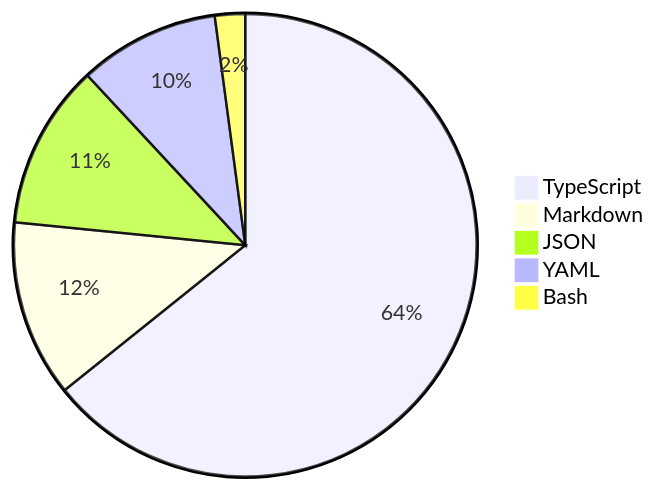
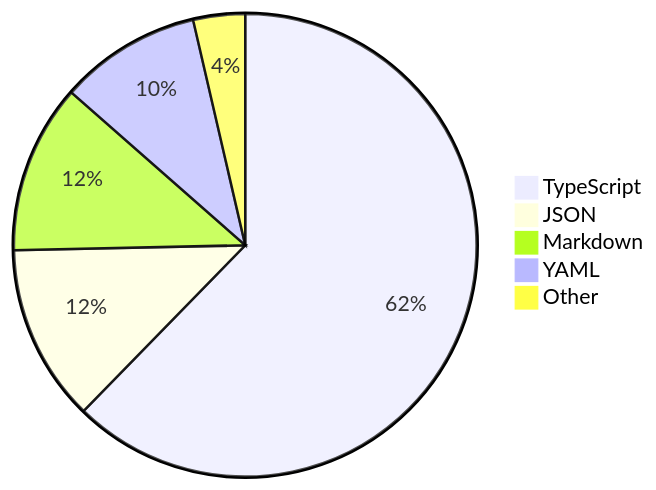
Before and after one commit to skvggor/skvggor: the diagram in README.md, drawn with Mermaid.

Commit message:
Updated waka-readme graph with new metrics

````diff
--- a/README.md
+++ b/README.md
@@ -39,8 +39,8 @@
 ```mermaid
 pie
-    "TypeScript" : 60.9
-    "Markdown" : 11.7
-    "JSON" : 10.9
+    "TypeScript" : 58.5
+    "JSON" : 11.6
+    "Markdown" : 11.1
     "YAML" : 9.3
-    "Bash" : 2.0
+    "Other" : 3.4
 ```
````
